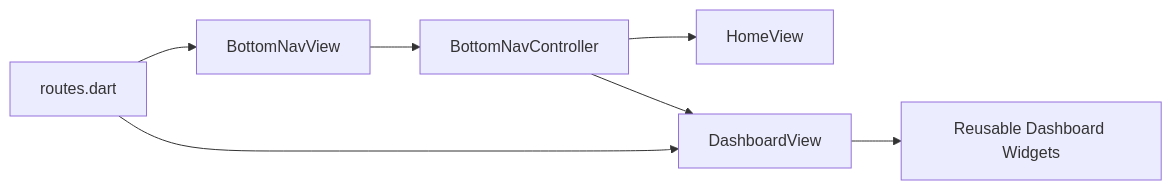
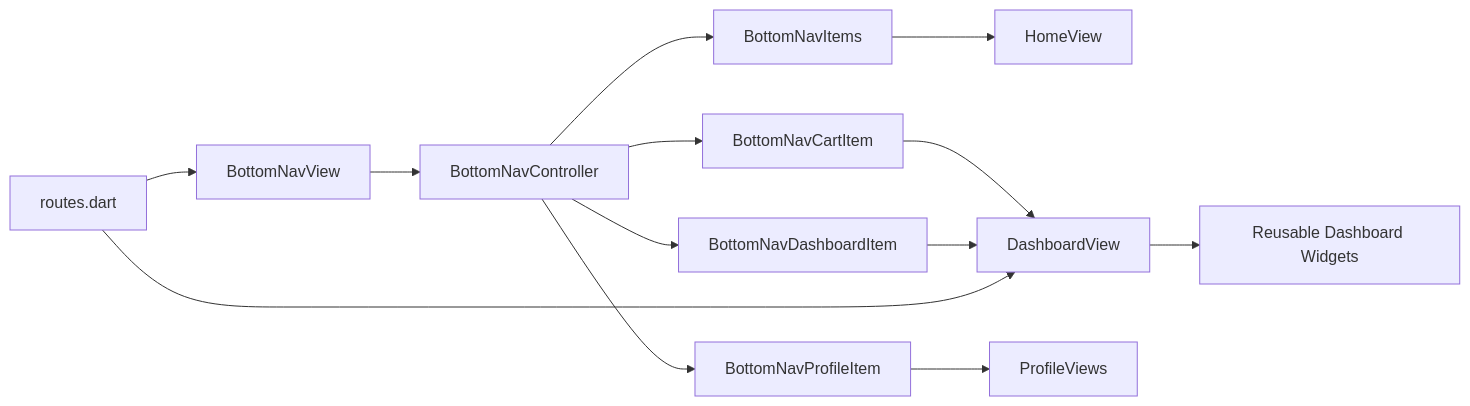
The ninth of 9 diagrams in .qoder/repowiki/en/content/Core Features/Dashboard and Navigation.md (Ariful3111/FurniGo), drawn with Mermaid before and after one commit. The commit also changed other lines of this file and 11 other files, not shown here.

````diff
--- a/.qoder/repowiki/en/content/Core Features/Dashboard and Navigation.md
+++ b/.qoder/repowiki/en/content/Core Features/Dashboard and Navigation.md
@@ -339,9 +478,15 @@
 ```mermaid
 graph LR
 BNV["BottomNavView"] --> BNC["BottomNavController"]
-BNC --> HOME["HomeView"]
-BNC --> DASH["DashboardView"]
-DASH --> WIDGETS["Reusable Dashboard Widgets"]
+BNC --> ITEMS["BottomNavItems"]
+BNC --> CART["BottomNavCartItem"]
+BNC --> DASH["BottomNavDashboardItem"]
+BNC --> PROF["BottomNavProfileItem"]
+ITEMS --> HOME["HomeView"]
+CART --> DASHVIEW["DashboardView"]
+DASH --> DASHVIEW
+PROF --> PROFILE["ProfileViews"]
+DASHVIEW --> WIDGETS["Reusable Dashboard Widgets"]
 ROUTES["routes.dart"] --> BNV
-ROUTES --> DASH
+ROUTES --> DASHVIEW
 ```
````
